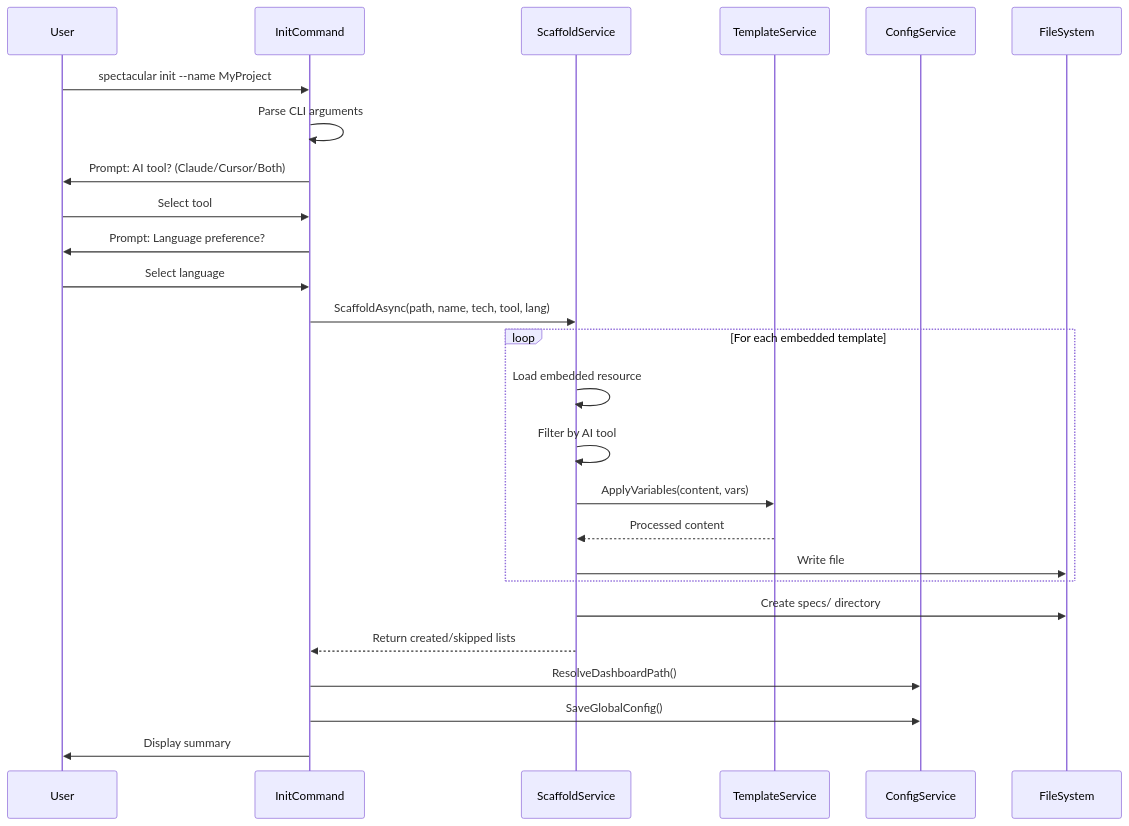
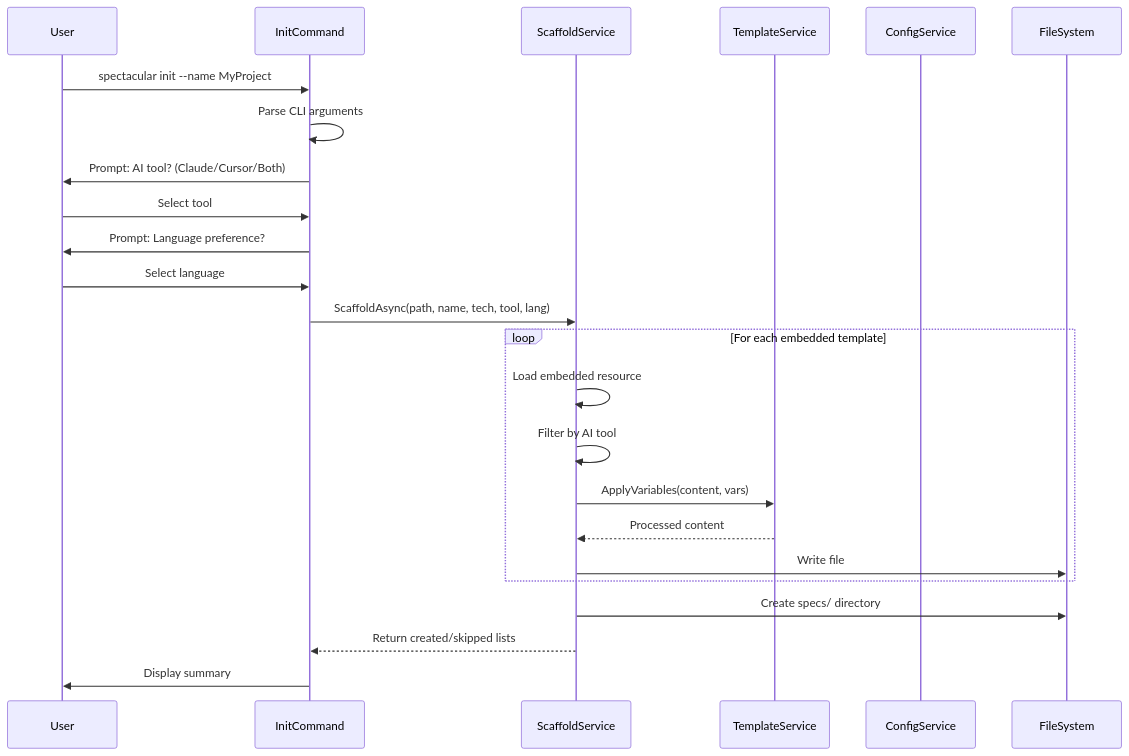
Before and after one commit to Tadzesi/SpecTacular: the sixth of 22 diagrams in ARCHITECTURE.md, drawn with Mermaid. The commit also changed other lines of this file and 6 other files, not shown here.

First line of the commit message:
refactor: Remove dashboard CLI command and DashboardPath config

````diff
--- a/ARCHITECTURE.md
+++ b/ARCHITECTURE.md
@@ -211,35 +207,32 @@
 ```mermaid
 sequenceDiagram
     participant User
     participant InitCommand
     participant ScaffoldService
     participant TemplateService
     participant ConfigService
     participant FileSystem
 
     User->>InitCommand: spectacular init --name MyProject
 
     InitCommand->>InitCommand: Parse CLI arguments
     InitCommand->>User: Prompt: AI tool? (Claude/Cursor/Both)
     User->>InitCommand: Select tool
     InitCommand->>User: Prompt: Language preference?
     User->>InitCommand: Select language
 
     InitCommand->>ScaffoldService: ScaffoldAsync(path, name, tech, tool, lang)
 
     loop For each embedded template
         ScaffoldService->>ScaffoldService: Load embedded resource
         ScaffoldService->>ScaffoldService: Filter by AI tool
         ScaffoldService->>TemplateService: ApplyVariables(content, vars)
         TemplateService-->>ScaffoldService: Processed content
         ScaffoldService->>FileSystem: Write file
     end
 
     ScaffoldService->>FileSystem: Create specs/ directory
     ScaffoldService-->>InitCommand: Return created/skipped lists
 
-    InitCommand->>ConfigService: ResolveDashboardPath()
-    InitCommand->>ConfigService: SaveGlobalConfig()
-
     InitCommand->>User: Display summary
 ```
````
